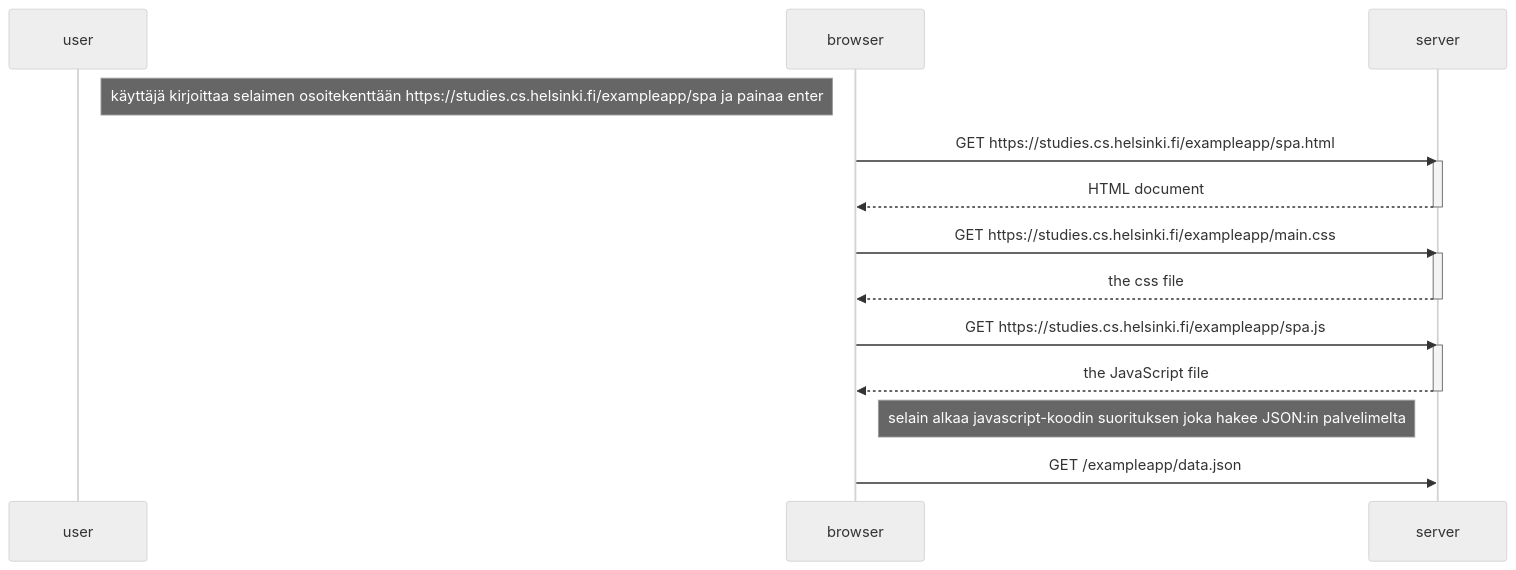
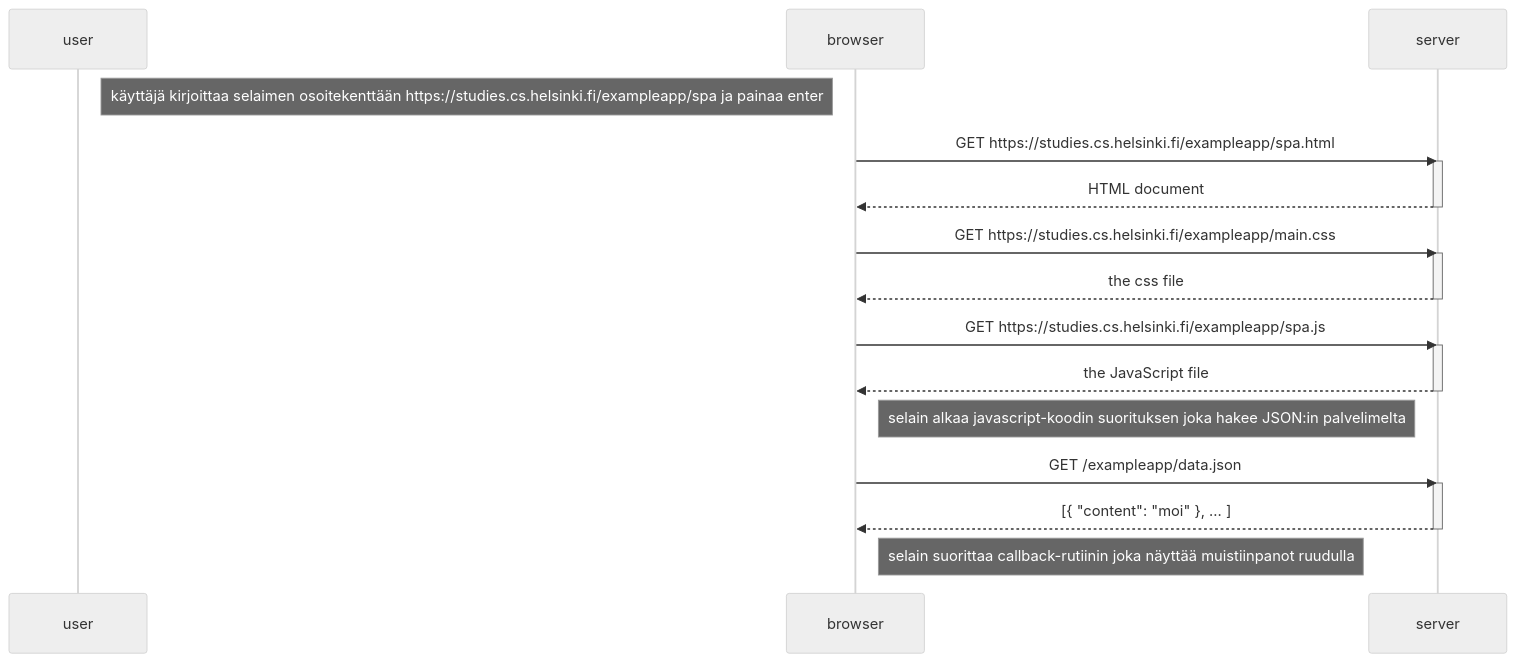
The diagram in mermaid-test7.md (moocjsi/mooc-harj03), drawn with Mermaid (neutral theme) before and after one commit.

````diff
--- a/mermaid-test7.md
+++ b/mermaid-test7.md
@@ -2,27 +2,34 @@
 ```mermaid
 sequenceDiagram
     participant user
     participant browser
     participant server
 
     Note right of user: käyttäjä kirjoittaa selaimen osoitekenttään https://studies.cs.helsinki.fi/exampleapp/spa ja painaa enter
     
     browser->>server: GET https://studies.cs.helsinki.fi/exampleapp/spa.html
     activate server
     server-->>browser: HTML document
     deactivate server
 
     browser->>server: GET https://studies.cs.helsinki.fi/exampleapp/main.css
     activate server
     server-->>browser: the css file
     deactivate server
 
     browser->>server: GET https://studies.cs.helsinki.fi/exampleapp/spa.js
     activate server
     server-->>browser: the JavaScript file
     deactivate server
 
     Note right of browser: selain alkaa  javascript-koodin suorituksen joka hakee JSON:in palvelimelta
     browser->>server: GET /exampleapp/data.json
 
+    activate server
+    server-->>browser: [{ "content": "moi" }, ... ]
+    deactivate server
+
+    Note right of browser: selain suorittaa callback-rutiinin joka näyttää muistiinpanot ruudulla
+
+
 ```
````
